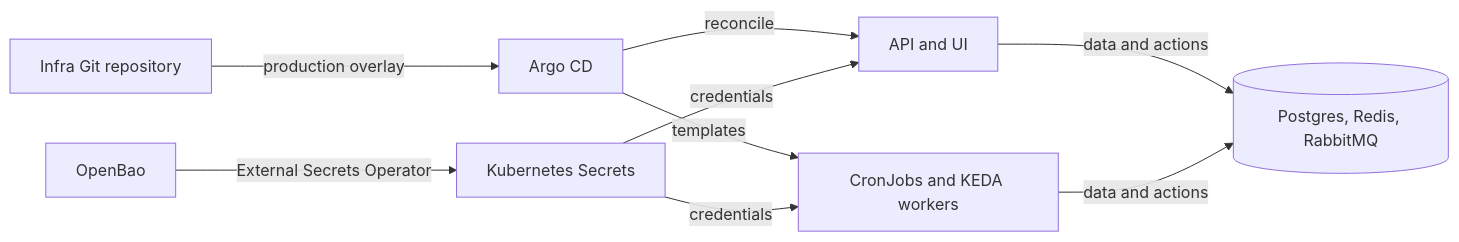
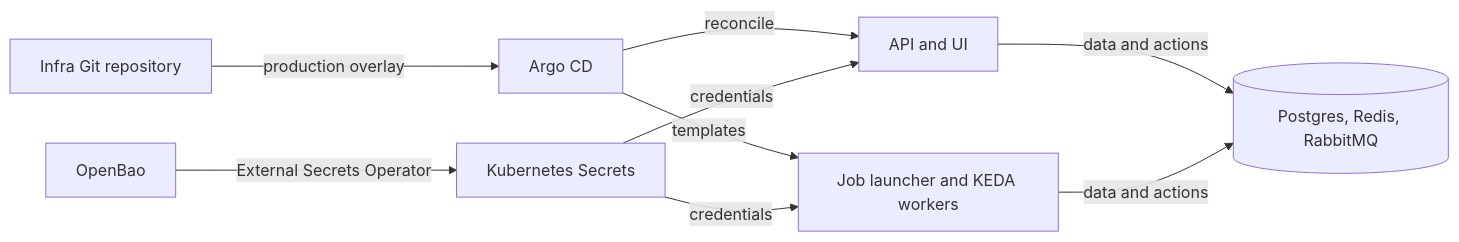
One commit to cvillarr23/fantasy-infra changed the diagram in docs/index.md. Above: the diagram before and after it, drawn with Mermaid. The commit also changed other lines of this file and 44 other files, not shown here.

First line of the commit message:
Cut over batch C to the job launcher: trade jobs and the last CronJobs (#204)

````diff
--- a/docs/index.md
+++ b/docs/index.md
@@ -10,11 +10,11 @@
 ```mermaid
 flowchart LR
     Git[Infra Git repository] -->|production overlay| Argo[Argo CD]
     Argo -->|reconcile| Apps[API and UI]
-    Argo -->|templates| Jobs[CronJobs and KEDA workers]
+    Argo -->|templates| Jobs[Job launcher and KEDA workers]
     Bao[OpenBao] -->|External Secrets Operator| Secrets[Kubernetes Secrets]
     Secrets -->|credentials| Apps
     Secrets -->|credentials| Jobs
     Apps -->|data and actions| Stores[(Postgres, Redis, RabbitMQ)]
     Jobs -->|data and actions| Stores
 ```
````
